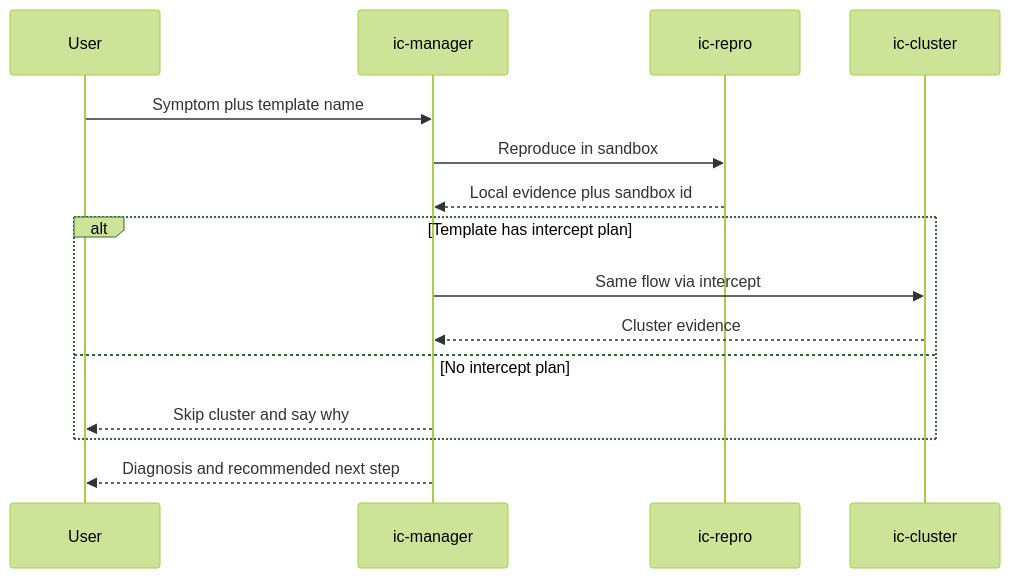
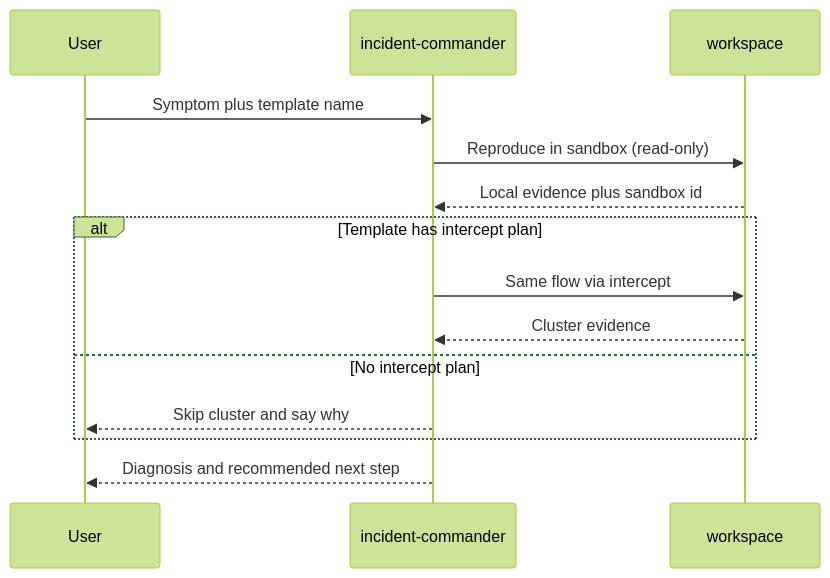
The third of 6 diagrams in README.md (crafting-demo/agent-patterns), drawn with Mermaid (forest theme) before and after one commit. The commit also changed other lines of this file and 54 other files, not shown here.

````diff
--- a/README.md
+++ b/README.md
@@ -102,17 +101,16 @@
 ```mermaid
 sequenceDiagram
   participant User
-  participant Manager as ic-manager
-  participant Repro as ic-repro
-  participant Cluster as ic-cluster
-  User->>Manager: Symptom plus template name
-  Manager->>Repro: Reproduce in sandbox
-  Repro-->>Manager: Local evidence plus sandbox id
+  participant IC as incident-commander
+  participant WS as workspace
+  User->>IC: Symptom plus template name
+  IC->>WS: Reproduce in sandbox (read-only)
+  WS-->>IC: Local evidence plus sandbox id
   alt Template has intercept plan
-    Manager->>Cluster: Same flow via intercept
-    Cluster-->>Manager: Cluster evidence
+    IC->>WS: Same flow via intercept
+    WS-->>IC: Cluster evidence
   else No intercept plan
-    Manager-->>User: Skip cluster and say why
+    IC-->>User: Skip cluster and say why
   end
-  Manager-->>User: Diagnosis and recommended next step
+  IC-->>User: Diagnosis and recommended next step
 ```
````
